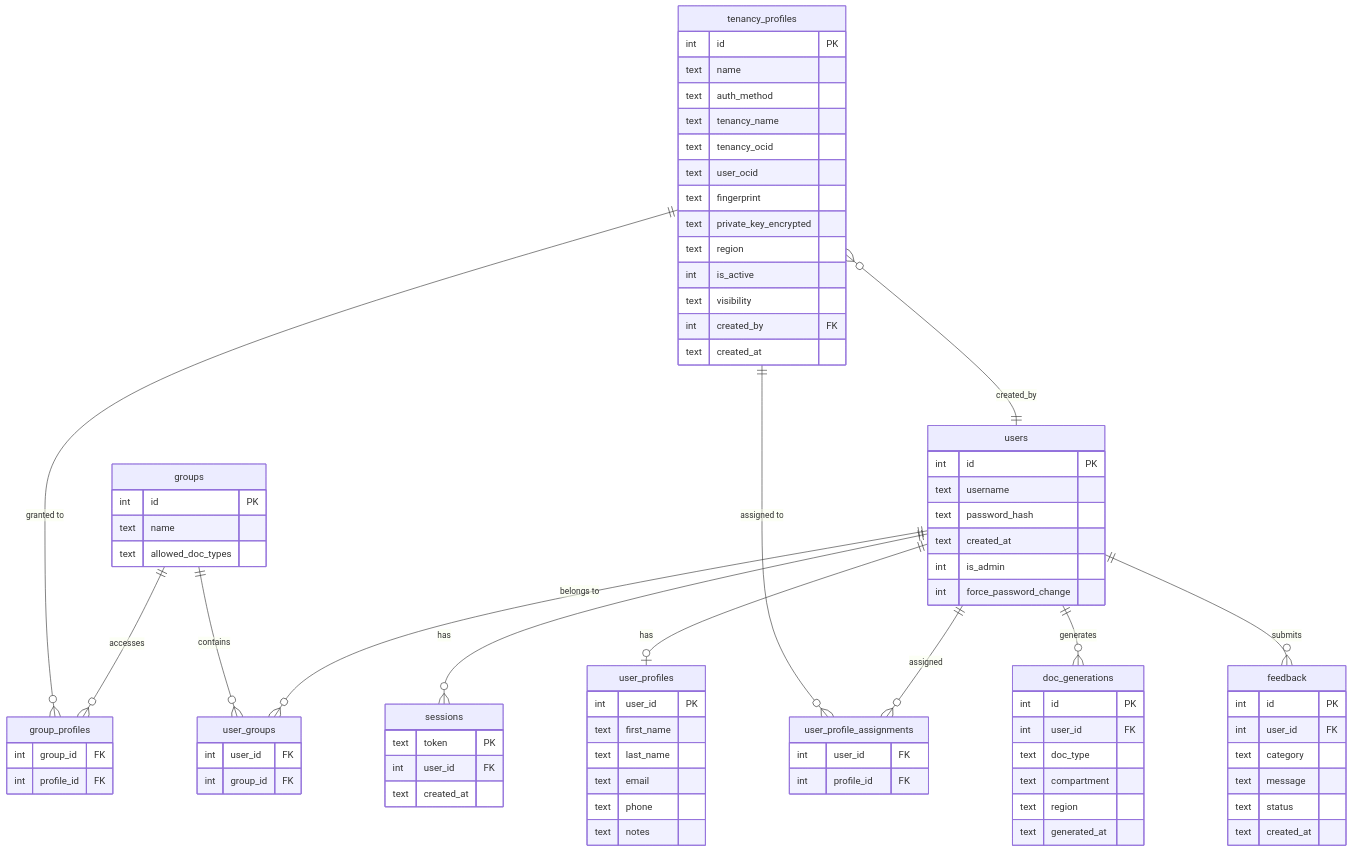
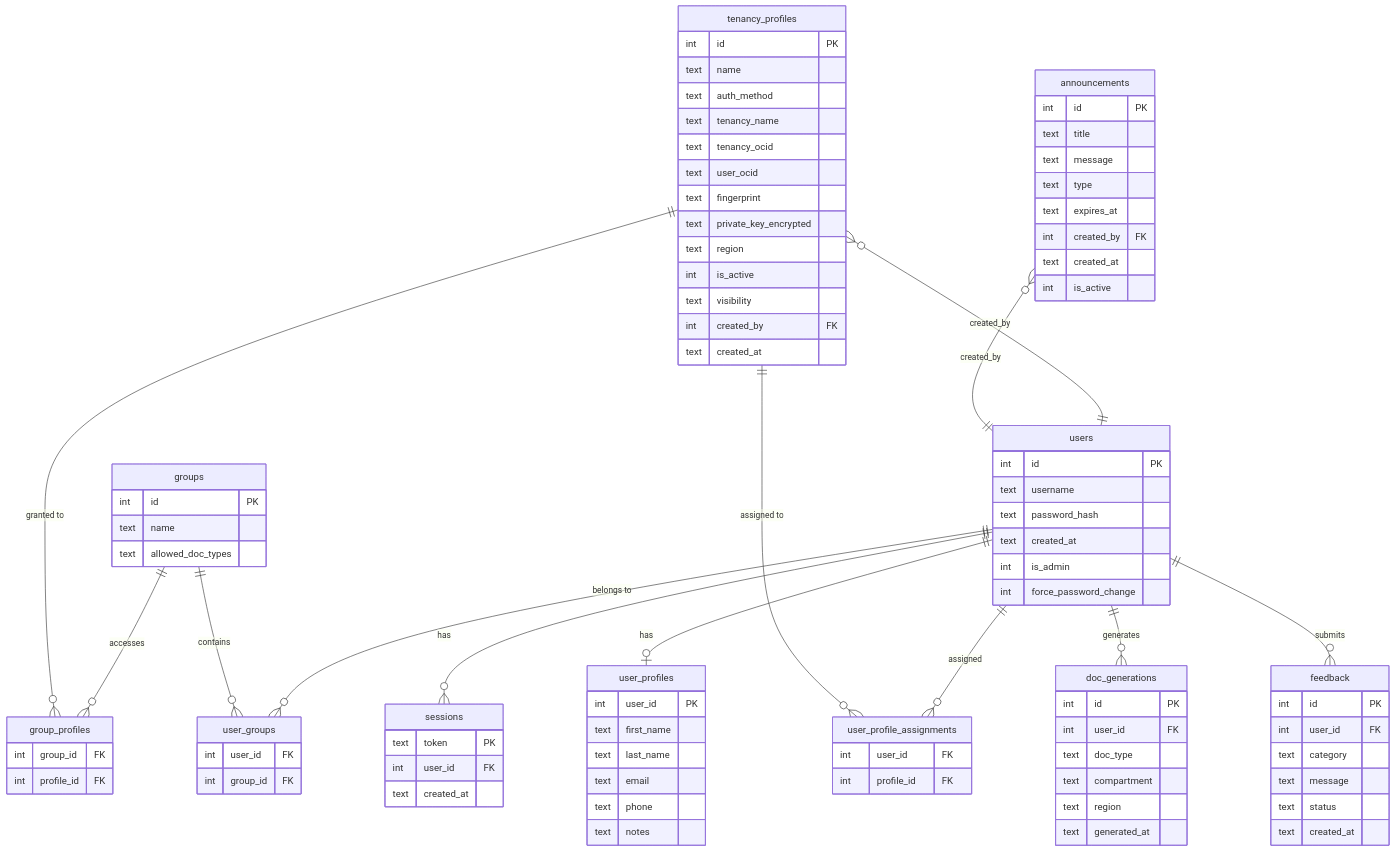
One commit to Pedr0Teixeira/oci-docgen changed the seventh of 7 diagrams in README.md. Above: the diagram before and after it, drawn with Mermaid. The commit also changed other lines of this file and 9 other files, not shown here.

Commit message:
feat: Introduce profile active/inactive states, generator wizard step dependency enforcement, and announcements, updating documentation and diagrams.

````diff
--- a/README.md
+++ b/README.md
@@ -268,84 +346,95 @@
 ```mermaid
 erDiagram
- users {
- int id PK
- text username
- text password_hash
- text created_at
- int is_admin
- int force_password_change
- }
- sessions {
- text token PK
- int user_id FK
- text created_at
- }
- user_profiles {
- int user_id PK
- text first_name
- text last_name
- text email
- text phone
- text notes
- }
- groups {
- int id PK
- text name
- text allowed_doc_types
- }
- user_groups {
- int user_id FK
- int group_id FK
- }
- tenancy_profiles {
- int id PK
- text name
- text auth_method
- text tenancy_name
- text tenancy_ocid
- text user_ocid
- text fingerprint
- text private_key_encrypted
- text region
- int is_active
- text visibility
- int created_by FK
- text created_at
- }
- group_profiles {
- int group_id FK
- int profile_id FK
- }
- user_profile_assignments {
- int user_id FK
- int profile_id FK
- }
- doc_generations {
- int id PK
- int user_id FK
- text doc_type
- text compartment
- text region
- text generated_at
- }
- feedback {
- int id PK
- int user_id FK
- text category
- text message
- text status
- text created_at
- }
+  users {
+    int id PK
+    text username
+    text password_hash
+    text created_at
+    int is_admin
+    int force_password_change
+  }
+  sessions {
+    text token PK
+    int user_id FK
+    text created_at
+  }
+  user_profiles {
+    int user_id PK
+    text first_name
+    text last_name
+    text email
+    text phone
+    text notes
+  }
+  groups {
+    int id PK
+    text name
+    text allowed_doc_types
+  }
+  user_groups {
+    int user_id FK
+    int group_id FK
+  }
+  tenancy_profiles {
+    int id PK
+    text name
+    text auth_method
+    text tenancy_name
+    text tenancy_ocid
+    text user_ocid
+    text fingerprint
+    text private_key_encrypted
+    text region
+    int is_active
+    text visibility
+    int created_by FK
+    text created_at
+  }
+  group_profiles {
+    int group_id FK
+    int profile_id FK
+  }
+  user_profile_assignments {
+    int user_id FK
+    int profile_id FK
+  }
+  doc_generations {
+    int id PK
+    int user_id FK
+    text doc_type
+    text compartment
+    text region
+    text generated_at
+  }
+  feedback {
+    int id PK
+    int user_id FK
+    text category
+    text message
+    text status
+    text created_at
+  }
+  announcements {
+    int id PK
+    text title
+    text message
+    text type
+    text expires_at
+    int created_by FK
+    text created_at
+    int is_active
+  }
 
- users ||--o{ sessions : "has"
- users ||--o| user_profiles : "has"
- users ||--o{ user_groups : "belongs to"
- users ||--o{ doc_generations : "generates"
- users ||--o{ feedback : "submits"
- users ||--o{ user_profile_assignments : "assigned"
- groups ||--o{ user_groups : "contains"
- groups ||--o{ group_profiles : "accesses"
- tenancy_profiles ||--o{ group_profiles : "granted to"
- tenancy_profiles ||--o{ user_profile_assignments : "assigned to"
- tenancy_profiles }o--|| users : "created_by"
+  users ||--o{ sessions : "has"
+  users ||--o| user_profiles : "has"
+  users ||--o{ user_groups : "belongs to"
+  users ||--o{ doc_generations : "generates"
+  users ||--o{ feedback : "submits"
+  users ||--o{ user_profile_assignments : "assigned"
+  groups ||--o{ user_groups : "contains"
+  groups ||--o{ group_profiles : "accesses"
+  tenancy_profiles ||--o{ group_profiles : "granted to"
+  tenancy_profiles ||--o{ user_profile_assignments : "assigned to"
+  tenancy_profiles }o--|| users : "created_by"
+  announcements }o--|| users : "created_by"
 ```
````
